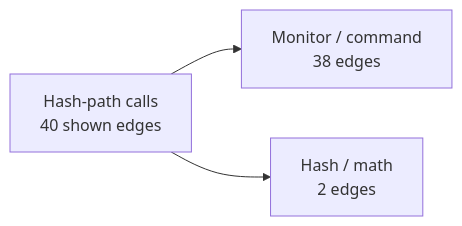
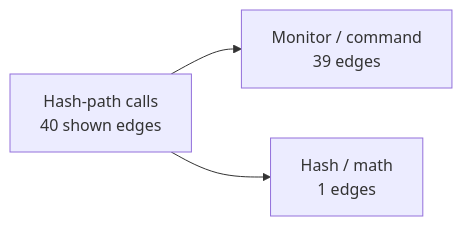
One commit to 95westus/R-YORS changed the first of 7 diagrams in DOC/GENERATED/HASH_ROUTINE_MAP.md. Above: the diagram before and after it, drawn with Mermaid. The commit also changed other lines of this file and 85 other files, not shown here.

````diff
--- a/DOC/GENERATED/HASH_ROUTINE_MAP.md
+++ b/DOC/GENERATED/HASH_ROUTINE_MAP.md
@@ -16,5 +16,5 @@
 ```mermaid
 flowchart LR
-    MAP_ROOT_HASH_PATH_CALLS["Hash-path calls<br/>40 shown edges"] --> MAP_FAMILY_MONITOR___COMMAND["Monitor / command<br/>38 edges"]
-    MAP_ROOT_HASH_PATH_CALLS["Hash-path calls<br/>40 shown edges"] --> MAP_FAMILY_HASH___MATH["Hash / math<br/>2 edges"]
+    MAP_ROOT_HASH_PATH_CALLS["Hash-path calls<br/>40 shown edges"] --> MAP_FAMILY_MONITOR___COMMAND["Monitor / command<br/>39 edges"]
+    MAP_ROOT_HASH_PATH_CALLS["Hash-path calls<br/>40 shown edges"] --> MAP_FAMILY_HASH___MATH["Hash / math<br/>1 edges"]
 ```
````
